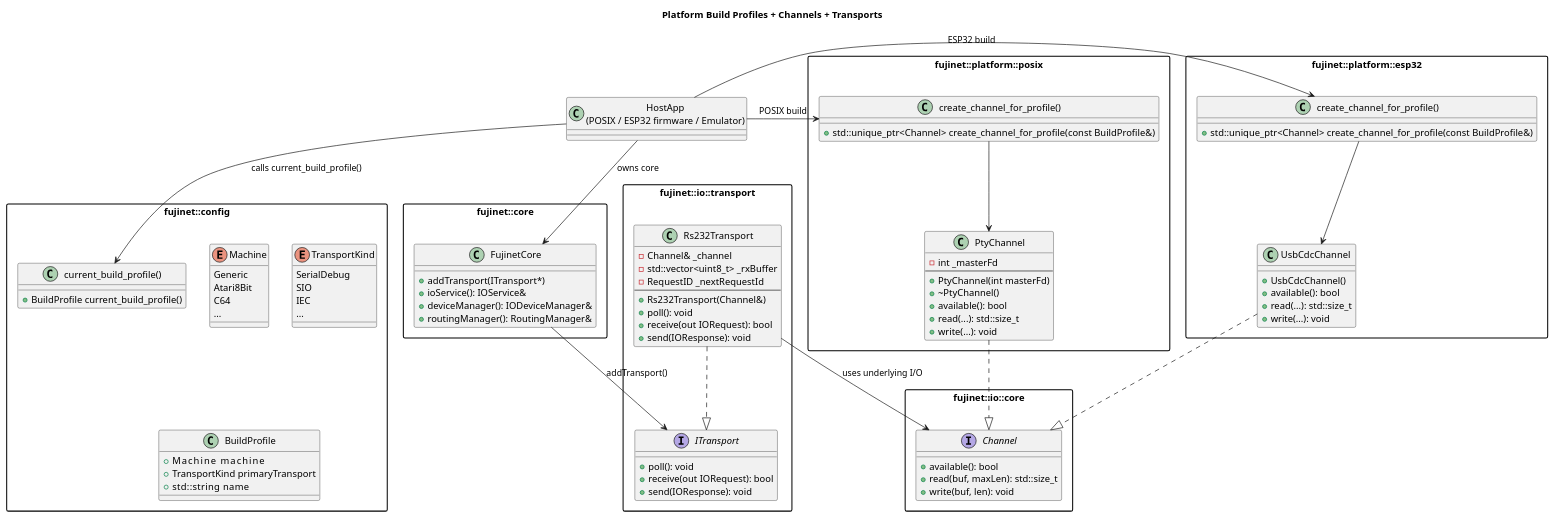
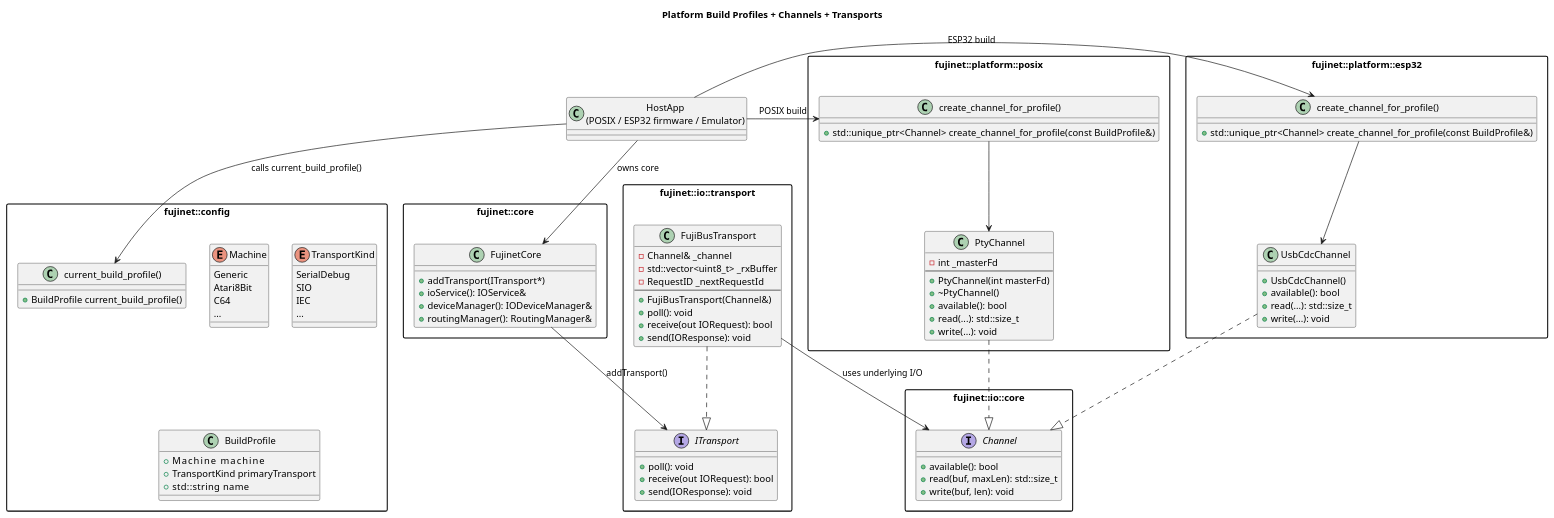
The diagram in docs/arch_platform_channels.puml (markjfisher/fujinet-nio), drawn with PlantUML before and after one commit. The commit also changed 12 other files, not shown here.

```diff
--- a/docs/arch_platform_channels.puml
+++ b/docs/arch_platform_channels.puml
@@ -1,125 +1,125 @@
 @startuml PlatformChannels
 title Platform Build Profiles + Channels + Transports
 
 skinparam packageStyle rectangle
 skinparam shadowing false
 
 ' ---------- Build Profile ----------
 package "fujinet::config" {
     enum Machine {
         Generic
         Atari8Bit
         C64
         ...
     }
 
     enum TransportKind {
         SerialDebug
         SIO
         IEC
         ...
     }
 
     class BuildProfile {
         + Machine       machine
         + TransportKind primaryTransport
         + std::string   name
     }
 
     class "current_build_profile()" as CurrentProfile {
         + BuildProfile current_build_profile()
     }
 }
 
 ' ---------- Channel Base ----------
 package "fujinet::io::core" {
     interface Channel {
         + available(): bool
         + read(buf, maxLen): std::size_t
         + write(buf, len): void
     }
 }
 
 ' ---------- POSIX Channels ----------
 package "fujinet::platform::posix" {
     class PtyChannel {
         - int _masterFd
         --
         + PtyChannel(int masterFd)
         + ~PtyChannel()
         + available(): bool
         + read(...): std::size_t
         + write(...): void
     }
 
     class "create_channel_for_profile()" as PosixFactory {
         + std::unique_ptr<Channel> create_channel_for_profile(const BuildProfile&)
     }
 
     PtyChannel ..|> Channel
 }
 
 ' ---------- ESP32 Channels ----------
 package "fujinet::platform::esp32" {
     class UsbCdcChannel {
         + UsbCdcChannel()
         + available(): bool
         + read(...): std::size_t
         + write(...): void
     }
 
     class "create_channel_for_profile()" as Esp32Factory {
         + std::unique_ptr<Channel> create_channel_for_profile(const BuildProfile&)
     }
 
     UsbCdcChannel ..|> Channel
 }
 
 ' ---------- Transports ----------
 package "fujinet::io::transport" {
     interface ITransport {
         + poll(): void
         + receive(out IORequest): bool
         + send(IOResponse): void
     }
 
-    class Rs232Transport {
+    class FujiBusTransport {
         - Channel& _channel
         - std::vector<uint8_t> _rxBuffer
         - RequestID _nextRequestId
         --
-        + Rs232Transport(Channel&)
+        + FujiBusTransport(Channel&)
         + poll(): void
         + receive(out IORequest): bool
         + send(IOResponse): void
     }
 
-    Rs232Transport ..|> ITransport
+    FujiBusTransport ..|> ITransport
 }
 
 ' ---------- Core ----------
 package "fujinet::core" {
     class FujinetCore {
         + addTransport(ITransport*)
         + ioService(): IOService&
         + deviceManager(): IODeviceManager&
         + routingManager(): RoutingManager&
     }
 }
 
 ' ---------- Host Application ----------
 class "HostApp\n(POSIX / ESP32 firmware / Emulator)" as Host
 
 Host --> CurrentProfile : calls current_build_profile()
 
 Host -> PosixFactory : POSIX build
 PosixFactory --> PtyChannel
 
 Host -> Esp32Factory : ESP32 build
 Esp32Factory --> UsbCdcChannel
 
 Host --> FujinetCore : owns core
 FujinetCore --> ITransport : addTransport()
-Rs232Transport --> Channel : uses underlying I/O
+FujiBusTransport --> Channel : uses underlying I/O
 
 @enduml
```
